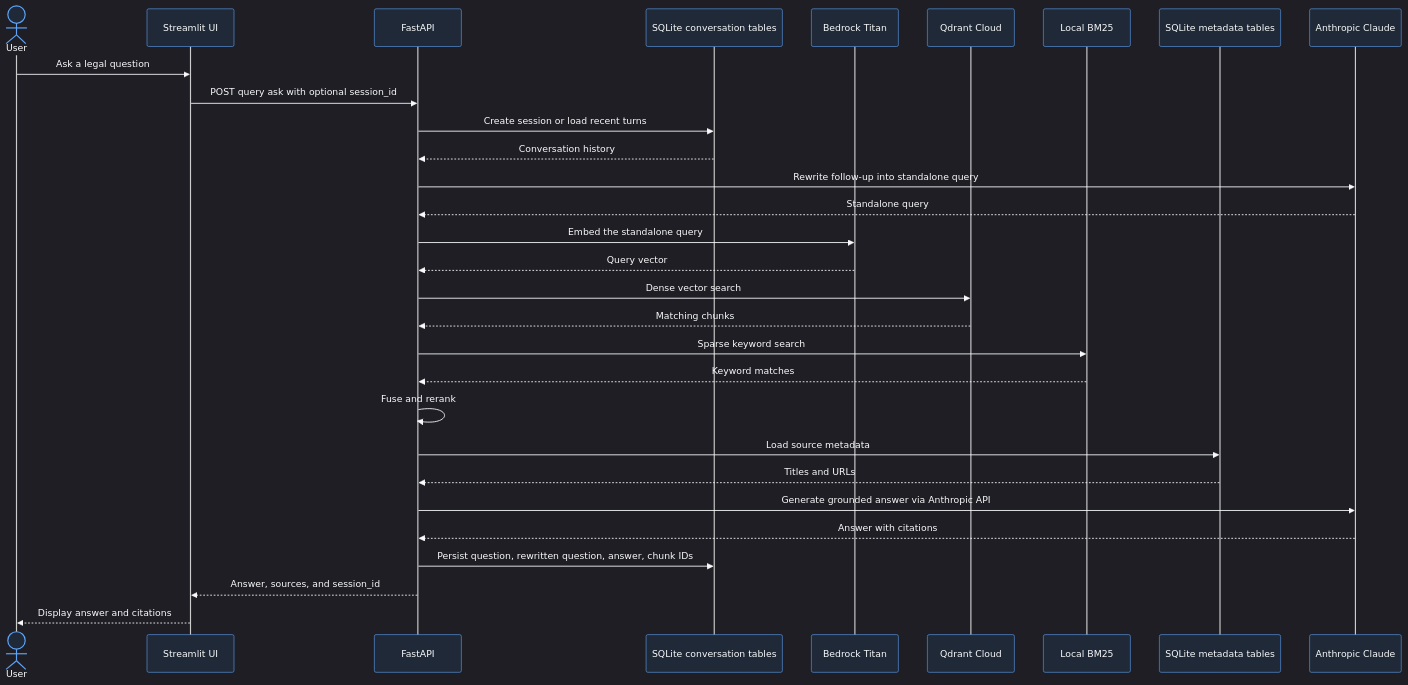
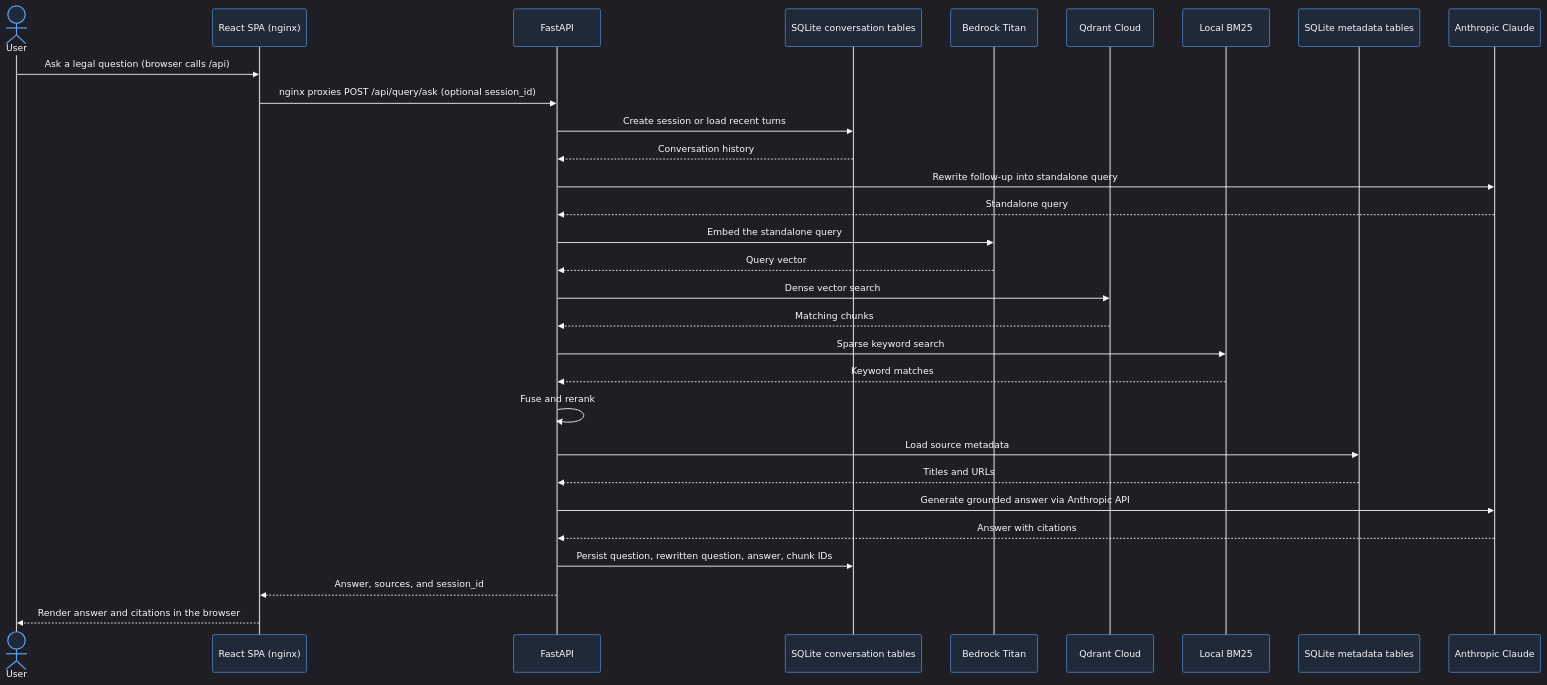
Before and after one commit to r-ome/ph-law-rag: the third of 3 diagrams in docs/aws_deployment_diagram.md, drawn with Mermaid. The commit also changed other lines of this file and 6 other files, not shown here.

First line of the commit message:
docs: refresh architecture/plan/README to the React + nginx topology

````diff
--- a/docs/aws_deployment_diagram.md
+++ b/docs/aws_deployment_diagram.md
@@ -65,34 +65,34 @@
 ```mermaid
 %%{init: {"theme": "dark", "themeVariables": {"background": "#111827", "primaryColor": "#1f2937", "primaryTextColor": "#f9fafb", "primaryBorderColor": "#60a5fa", "lineColor": "#93c5fd", "actorBkg": "#1f2937", "actorTextColor": "#f9fafb", "actorBorder": "#60a5fa", "signalColor": "#f9fafb", "signalTextColor": "#f9fafb", "labelBoxBkgColor": "#111827", "labelTextColor": "#f9fafb"}}}%%
 sequenceDiagram
     actor User
-    participant UI as Streamlit UI
+    participant UI as React SPA (nginx)
     participant API as FastAPI
     participant Conv as SQLite conversation tables
     participant Titan as Bedrock Titan
     participant Qdrant as Qdrant Cloud
     participant BM25 as Local BM25
     participant DB as SQLite metadata tables
     participant Claude as Anthropic Claude
 
-    User->>UI: Ask a legal question
-    UI->>API: POST query ask with optional session_id
+    User->>UI: Ask a legal question (browser calls /api)
+    UI->>API: nginx proxies POST /api/query/ask (optional session_id)
     API->>Conv: Create session or load recent turns
     Conv-->>API: Conversation history
     API->>Claude: Rewrite follow-up into standalone query
     Claude-->>API: Standalone query
     API->>Titan: Embed the standalone query
     Titan-->>API: Query vector
     API->>Qdrant: Dense vector search
     Qdrant-->>API: Matching chunks
     API->>BM25: Sparse keyword search
     BM25-->>API: Keyword matches
     API->>API: Fuse and rerank
     API->>DB: Load source metadata
     DB-->>API: Titles and URLs
     API->>Claude: Generate grounded answer via Anthropic API
     Claude-->>API: Answer with citations
     API->>Conv: Persist question, rewritten question, answer, chunk IDs
     API-->>UI: Answer, sources, and session_id
-    UI-->>User: Display answer and citations
+    UI-->>User: Render answer and citations in the browser
 ```
````
